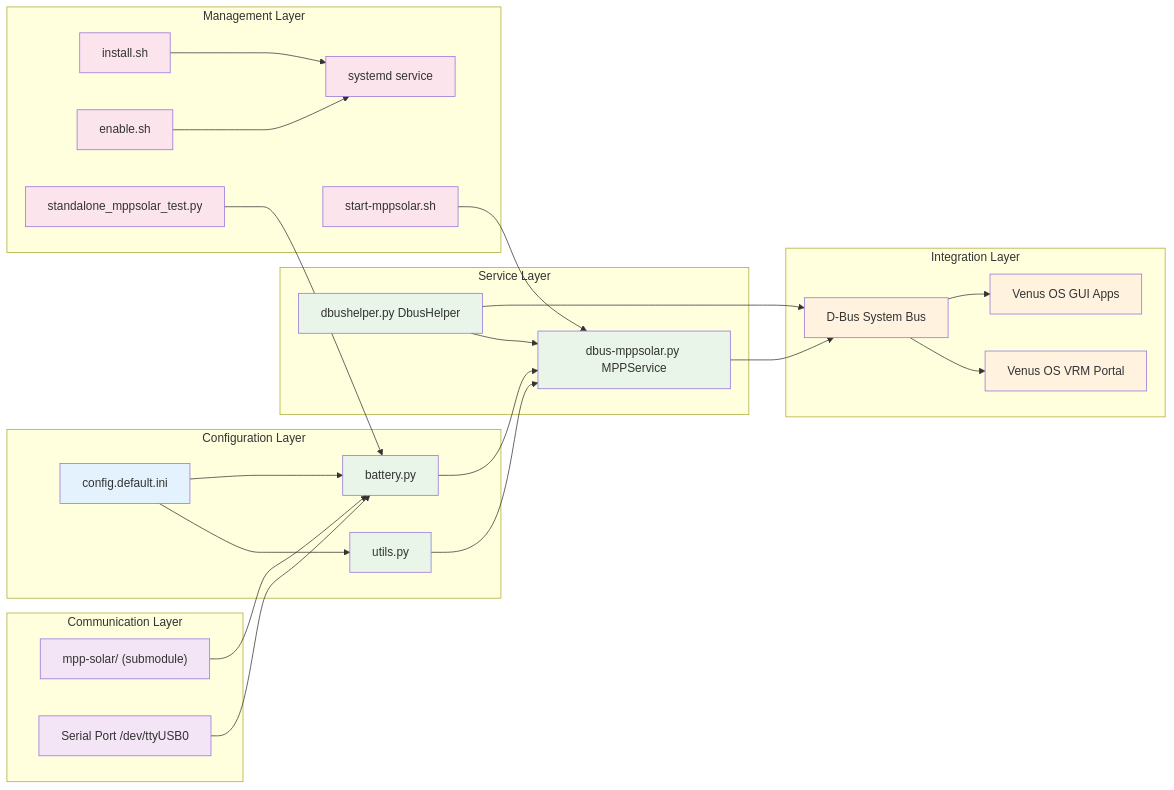
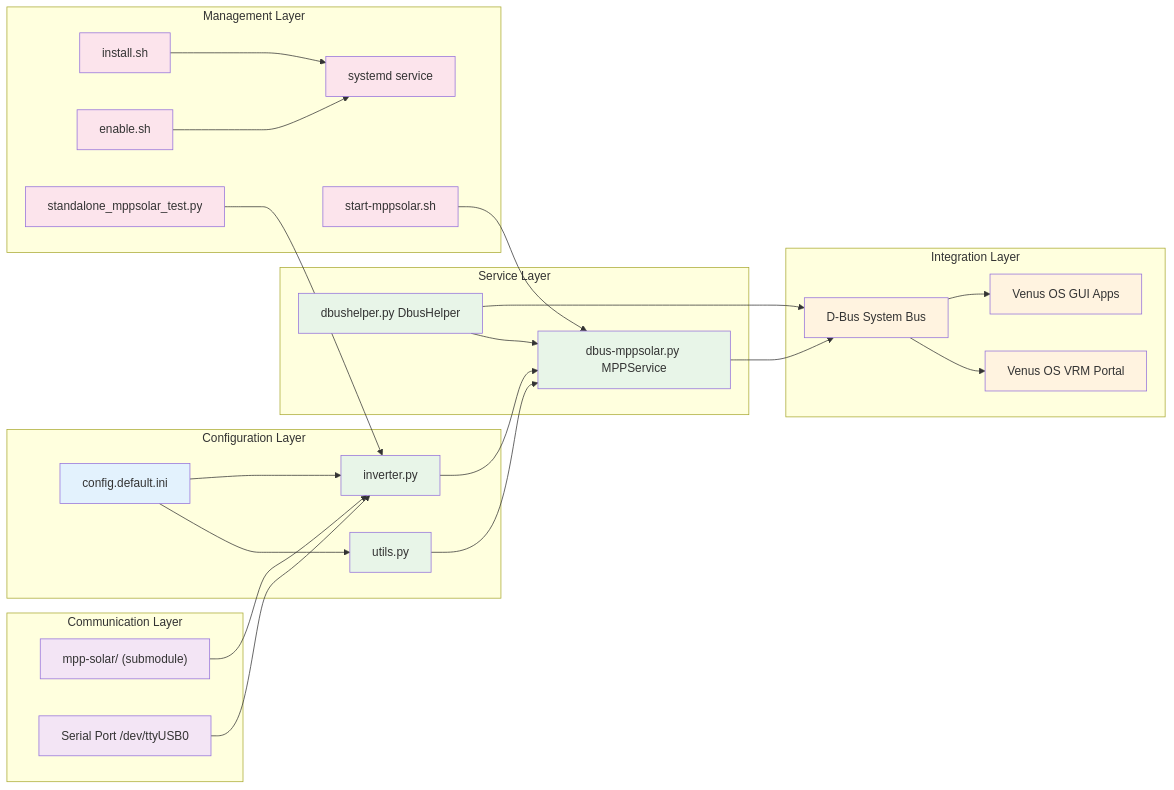
One commit to spacecabbie/dbus-mppsolarv2 changed the fourth of 4 diagrams in README.md. Above: the diagram before and after it, drawn with Mermaid. The commit also changed other lines of this file and 7 other files, not shown here.

First line of the commit message:
refactor: Rename battery.py to inverter.py and update all references

````diff
--- a/README.md
+++ b/README.md
@@ -744,44 +744,44 @@
 ```mermaid
 graph LR
     subgraph "Configuration Layer"
         CFG["config.default.ini"] --> U["utils.py"]
-        CFG --> B["battery.py"]
+        CFG --> B["inverter.py"]
     end
 
     subgraph "Communication Layer"
         MPP["mpp-solar/ (submodule)"] --> B
         SERIAL["Serial Port /dev/ttyUSB0"] --> B
     end
 
     subgraph "Service Layer"
         B --> S["dbus-mppsolar.py MPPService"]
         U --> S
         D["dbushelper.py DbusHelper"] --> S
     end
 
     subgraph "Integration Layer"
         S --> DBUS["D-Bus System Bus"]
         D --> DBUS
         DBUS --> VRM["Venus OS VRM Portal"]
         DBUS --> GUI["Venus OS GUI Apps"]
     end
 
     subgraph "Management Layer"
         INST["install.sh"] --> SYS["systemd service"]
         EN["enable.sh"] --> SYS
         START["start-mppsolar.sh"] --> S
         TEST["standalone_mppsolar_test.py"] --> B
     end
 
     classDef config fill:#e3f2fd
     classDef comm fill:#f3e5f5
     classDef service fill:#e8f5e8
     classDef integration fill:#fff3e0
     classDef management fill:#fce4ec
 
     class CFG config
     class MPP,SERIAL comm
     class B,U,S,D service
     class DBUS,VRM,GUI integration
     class INST,EN,START,TEST,SYS management
 ```
````
